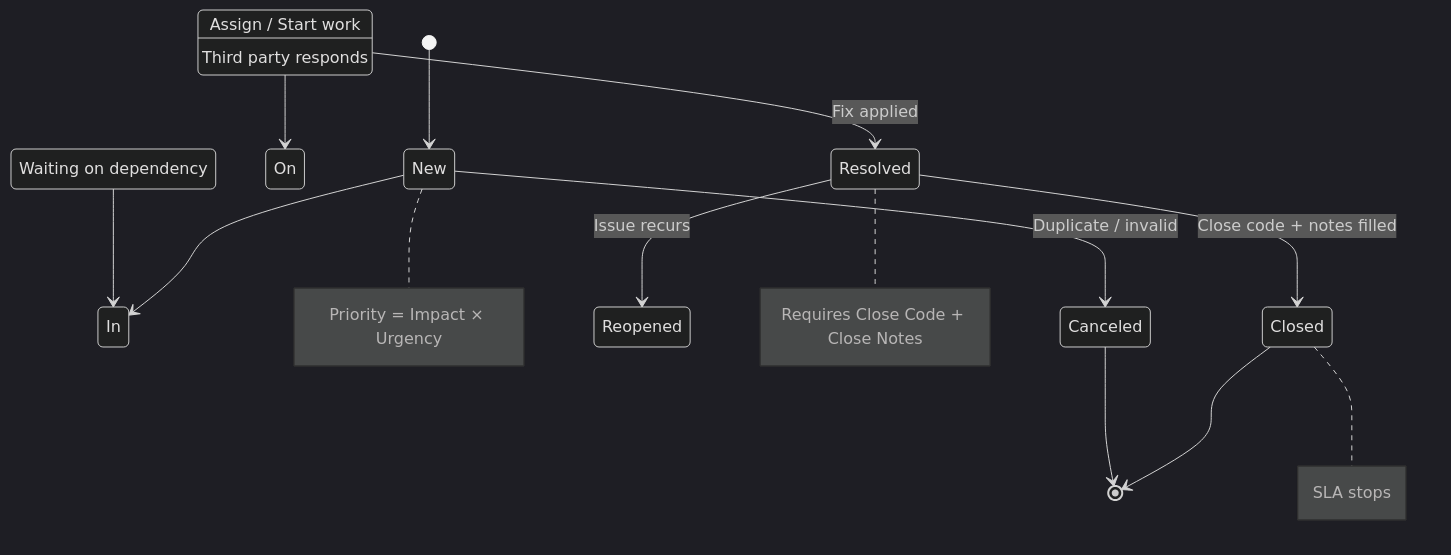
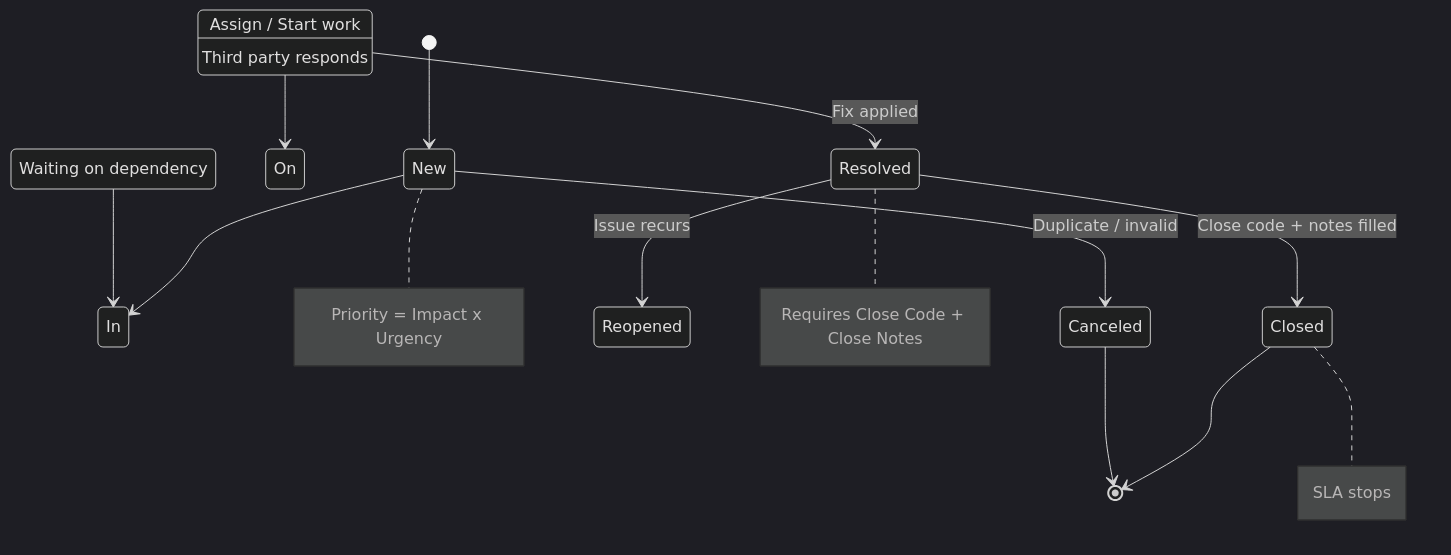
Before and after one commit to eltonaguiar/ServiceNow_Learning_TSOM-_CSM_FSM_SalesCRM_HAM_ITSM: the second of 4 diagrams in docs/modules/csm/csm-guide.md, drawn with Mermaid (dark theme). The commit also changed 3 other files, not shown here.

First line of the commit message:
Fix remaining Mermaid diagram syntax errors

````diff
--- a/docs/modules/csm/csm-guide.md
+++ b/docs/modules/csm/csm-guide.md
@@ -469,17 +469,17 @@
 ```mermaid
 stateDiagram-v2
     [*] --> New
     New --> In Progress : Assign / Start work
     In Progress --> On Hold : Waiting on dependency
     On Hold --> In Progress : Third party responds
     In Progress --> Resolved : Fix applied
     Resolved --> Closed : Close code + notes filled
     Resolved --> Reopened : Issue recurs
     Closed --> [*]
     New --> Canceled : Duplicate / invalid
     Canceled --> [*]
 
-    note right of New: Priority = Impact × Urgency
+    note right of New: Priority = Impact x Urgency
     note right of Resolved: Requires Close Code + Close Notes
     note right of Closed: SLA stops
 ```
````
